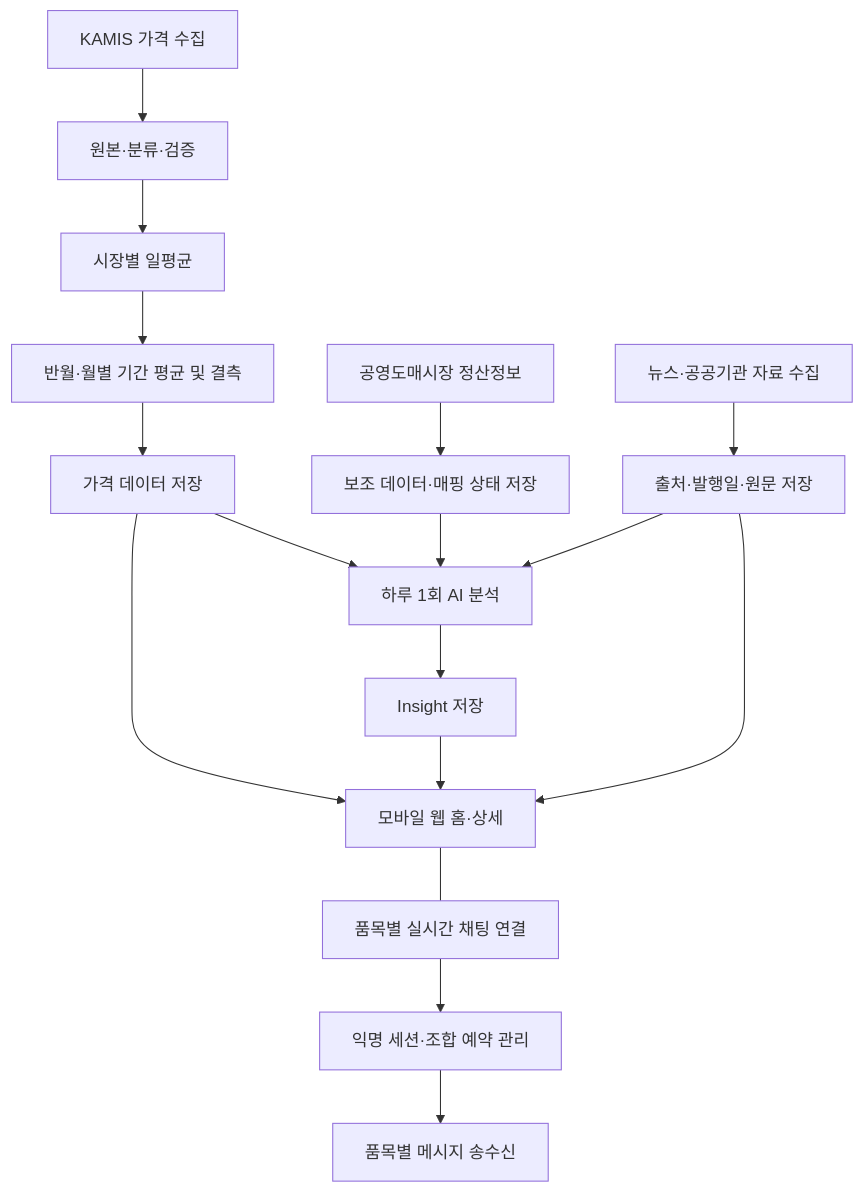
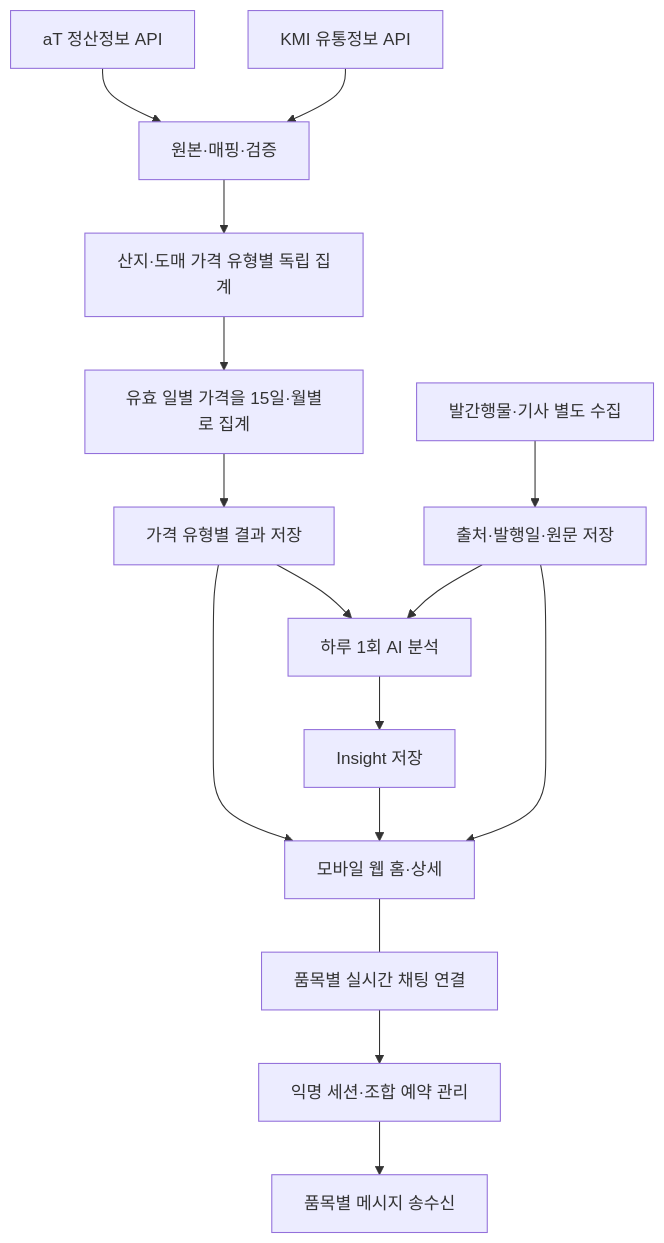
The diagram in MVP/product/PRD-001-MVP-제품-요구사항.md (today-fish/today-fish-docs), drawn with Mermaid before and after one commit. The commit also changed other lines of this file and 8 other files, not shown here.

````diff
--- a/MVP/product/PRD-001-MVP-제품-요구사항.md
+++ b/MVP/product/PRD-001-MVP-제품-요구사항.md
@@ -272,19 +278,18 @@
 ```mermaid
 flowchart TD
-    A["KAMIS 가격 수집"] --> C["원본·분류·검증"]
-    C --> E["시장별 일평균"]
-    E --> F["반월·월별 기간 평균 및 결측"]
-    F --> G["가격 데이터 저장"]
-    B["공영도매시장 정산정보"] --> D["보조 데이터·매핑 상태 저장"]
-    I["뉴스·공공기관 자료 수집"] --> J["출처·발행일·원문 저장"]
+    A["aT 정산정보 API"] --> C["원본·매핑·검증"]
+    B["KMI 유통정보 API"] --> C
+    C --> E["산지·도매 가격 유형별 독립 집계"]
+    E --> F["유효 일별 가격을 15일·월별로 집계"]
+    F --> G["가격 유형별 결과 저장"]
+    I["발간행물·기사 별도 수집"] --> J["출처·발행일·원문 저장"]
     G --> H["하루 1회 AI 분석"]
-    D --> H
     J --> H
     H --> K["Insight 저장"]
     G --> L["모바일 웹 홈·상세"]
     K --> L
     J --> L
     L --- M["품목별 실시간 채팅 연결"]
     M --> N["익명 세션·조합 예약 관리"]
     N --> O["품목별 메시지 송수신"]
 ```
````
